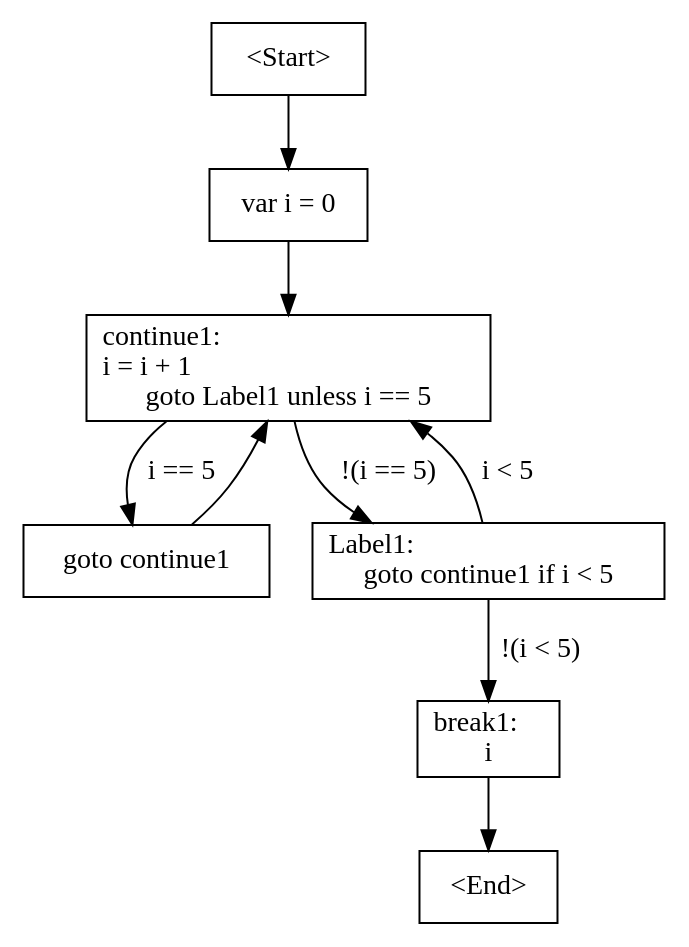
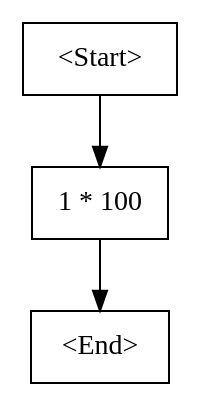
One commit to Sihuai2412/Epsilon changed the diagram in src/epsilon.Program/bin/Debug/net9.0/cfg.dot. Above: the diagram before and after it, drawn with Graphviz. The commit also changed 30 other files, not shown here.

```diff
--- a/src/epsilon.Program/bin/Debug/net9.0/cfg.dot
+++ b/src/epsilon.Program/bin/Debug/net9.0/cfg.dot
@@ -1,17 +1,7 @@
 digraph G {
     N0 [label = "<Start>", shape = box]
-    N1 [label = "var i = 0", shape = box]
-    N2 [label = "continue1:\li = i + 1\lgoto Label1 unless i == 5", shape = box]
-    N3 [label = "goto continue1", shape = box]
-    N4 [label = "Label1:\lgoto continue1 if i < 5", shape = box]
-    N5 [label = "break1:\li", shape = box]
-    N6 [label = "<End>", shape = box]
+    N1 [label = "1 * 100", shape = box]
+    N2 [label = "<End>", shape = box]
     N0 -> N1 [label = ""]
     N1 -> N2 [label = ""]
-    N2 -> N4 [label = "!(i == 5)"]
-    N2 -> N3 [label = "i == 5"]
-    N3 -> N2 [label = ""]
-    N4 -> N2 [label = "i < 5"]
-    N4 -> N5 [label = "!(i < 5)"]
-    N5 -> N6 [label = ""]
 }
```
